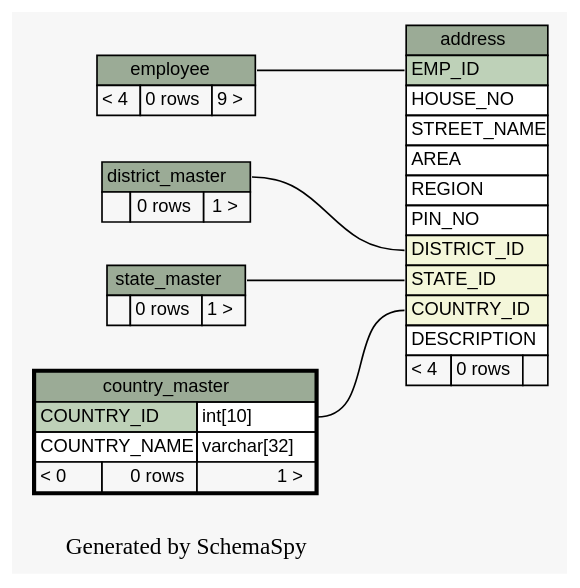
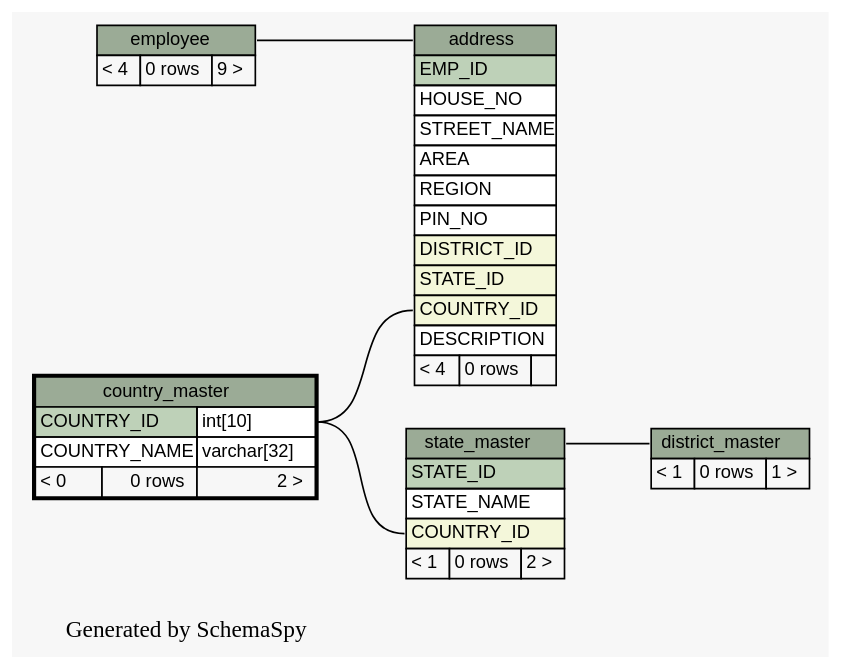
Before and after one commit to engineerscraft/hrms: the diagram in docs/database/schemaspy/graphs/country_master.2degrees.dot, drawn with Graphviz. The commit also changed 96 other files, not shown here.

```diff
--- a/docs/database/schemaspy/graphs/country_master.2degrees.dot
+++ b/docs/database/schemaspy/graphs/country_master.2degrees.dot
@@ -1,78 +1,81 @@
 // dot 2.38.0 on Windows 7 6.1
 digraph "twoDegreesRelationshipsGraph" {
   graph [
     rankdir="RL"
     bgcolor="#f7f7f7"
     label="\nGenerated by SchemaSpy"
     labeljust="l"
   ];
   node [
     fontname="Helvetica"
     fontsize="11"
     shape="plaintext"
   ];
   edge [
     arrowsize="0.8"
   ];
   "address":"COUNTRY_ID":w -> "country_master":"COUNTRY_ID.type":e [arrowtail=crowodot arrowhead=none];
-  "address":"DISTRICT_ID":w -> "district_master":"district_master.heading":e [arrowtail=crowodot arrowhead=none];
-  "address":"EMP_ID":w -> "employee":"employee.heading":e [arrowtail=tee arrowhead=none];
-  "address":"STATE_ID":w -> "state_master":"state_master.heading":e [arrowtail=crowodot arrowhead=none];
+  "address":"address.heading":w -> "employee":"employee.heading":e [arrowtail=tee arrowhead=none];
+  "district_master":"district_master.heading":w -> "state_master":"state_master.heading":e [arrowtail=crowodot arrowhead=none];
+  "state_master":"COUNTRY_ID":w -> "country_master":"COUNTRY_ID.type":e [arrowtail=crowodot arrowhead=none];
   "address" [
     label=<
     <TABLE BORDER="0" CELLBORDER="1" CELLSPACING="0" BGCOLOR="#ffffff">
       <TR><TD PORT="address.heading" COLSPAN="3" BGCOLOR="#9bab96" ALIGN="CENTER">address</TD></TR>
       <TR><TD PORT="EMP_ID" COLSPAN="3" BGCOLOR="#bed1b8" ALIGN="LEFT">EMP_ID</TD></TR>
       <TR><TD PORT="HOUSE_NO" COLSPAN="3" ALIGN="LEFT">HOUSE_NO</TD></TR>
       <TR><TD PORT="STREET_NAME" COLSPAN="3" ALIGN="LEFT">STREET_NAME</TD></TR>
       <TR><TD PORT="AREA" COLSPAN="3" ALIGN="LEFT">AREA</TD></TR>
       <TR><TD PORT="REGION" COLSPAN="3" ALIGN="LEFT">REGION</TD></TR>
       <TR><TD PORT="PIN_NO" COLSPAN="3" ALIGN="LEFT">PIN_NO</TD></TR>
       <TR><TD PORT="DISTRICT_ID" COLSPAN="3" BGCOLOR="#f4f7da" ALIGN="LEFT">DISTRICT_ID</TD></TR>
       <TR><TD PORT="STATE_ID" COLSPAN="3" BGCOLOR="#f4f7da" ALIGN="LEFT">STATE_ID</TD></TR>
       <TR><TD PORT="COUNTRY_ID" COLSPAN="3" BGCOLOR="#f4f7da" ALIGN="LEFT">COUNTRY_ID</TD></TR>
       <TR><TD PORT="DESCRIPTION" COLSPAN="3" ALIGN="LEFT">DESCRIPTION</TD></TR>
       <TR><TD ALIGN="LEFT" BGCOLOR="#f7f7f7">&lt; 4</TD><TD ALIGN="RIGHT" BGCOLOR="#f7f7f7">0 rows</TD><TD ALIGN="RIGHT" BGCOLOR="#f7f7f7">  </TD></TR>
     </TABLE>>
     URL="address.html#graph"
     tooltip="address"
   ];
   "country_master" [
     label=<
     <TABLE BORDER="2" CELLBORDER="1" CELLSPACING="0" BGCOLOR="#ffffff">
       <TR><TD PORT="country_master.heading" COLSPAN="3" BGCOLOR="#9bab96" ALIGN="CENTER">country_master</TD></TR>
       <TR><TD PORT="COUNTRY_ID" COLSPAN="2" BGCOLOR="#bed1b8" ALIGN="LEFT">COUNTRY_ID</TD><TD PORT="COUNTRY_ID.type" ALIGN="LEFT">int[10]</TD></TR>
       <TR><TD PORT="COUNTRY_NAME" COLSPAN="2" ALIGN="LEFT">COUNTRY_NAME</TD><TD PORT="COUNTRY_NAME.type" ALIGN="LEFT">varchar[32]</TD></TR>
-      <TR><TD ALIGN="LEFT" BGCOLOR="#f7f7f7">&lt; 0</TD><TD ALIGN="RIGHT" BGCOLOR="#f7f7f7">0 rows</TD><TD ALIGN="RIGHT" BGCOLOR="#f7f7f7">1 &gt;</TD></TR>
+      <TR><TD ALIGN="LEFT" BGCOLOR="#f7f7f7">&lt; 0</TD><TD ALIGN="RIGHT" BGCOLOR="#f7f7f7">0 rows</TD><TD ALIGN="RIGHT" BGCOLOR="#f7f7f7">2 &gt;</TD></TR>
     </TABLE>>
     URL="country_master.html#"
     tooltip="country_master"
   ];
   "district_master" [
     label=<
     <TABLE BORDER="0" CELLBORDER="1" CELLSPACING="0" BGCOLOR="#ffffff">
       <TR><TD PORT="district_master.heading" COLSPAN="3" BGCOLOR="#9bab96" ALIGN="CENTER">district_master</TD></TR>
-      <TR><TD ALIGN="LEFT" BGCOLOR="#f7f7f7">  </TD><TD ALIGN="RIGHT" BGCOLOR="#f7f7f7">0 rows</TD><TD ALIGN="RIGHT" BGCOLOR="#f7f7f7">1 &gt;</TD></TR>
+      <TR><TD ALIGN="LEFT" BGCOLOR="#f7f7f7">&lt; 1</TD><TD ALIGN="RIGHT" BGCOLOR="#f7f7f7">0 rows</TD><TD ALIGN="RIGHT" BGCOLOR="#f7f7f7">1 &gt;</TD></TR>
     </TABLE>>
     URL="district_master.html#graph"
     tooltip="district_master"
   ];
   "employee" [
     label=<
     <TABLE BORDER="0" CELLBORDER="1" CELLSPACING="0" BGCOLOR="#ffffff">
       <TR><TD PORT="employee.heading" COLSPAN="3" BGCOLOR="#9bab96" ALIGN="CENTER">employee</TD></TR>
       <TR><TD ALIGN="LEFT" BGCOLOR="#f7f7f7">&lt; 4</TD><TD ALIGN="RIGHT" BGCOLOR="#f7f7f7">0 rows</TD><TD ALIGN="RIGHT" BGCOLOR="#f7f7f7">9 &gt;</TD></TR>
     </TABLE>>
     URL="employee.html#graph"
     tooltip="employee"
   ];
   "state_master" [
     label=<
     <TABLE BORDER="0" CELLBORDER="1" CELLSPACING="0" BGCOLOR="#ffffff">
       <TR><TD PORT="state_master.heading" COLSPAN="3" BGCOLOR="#9bab96" ALIGN="CENTER">state_master</TD></TR>
-      <TR><TD ALIGN="LEFT" BGCOLOR="#f7f7f7">  </TD><TD ALIGN="RIGHT" BGCOLOR="#f7f7f7">0 rows</TD><TD ALIGN="RIGHT" BGCOLOR="#f7f7f7">1 &gt;</TD></TR>
+      <TR><TD PORT="STATE_ID" COLSPAN="3" BGCOLOR="#bed1b8" ALIGN="LEFT">STATE_ID</TD></TR>
+      <TR><TD PORT="STATE_NAME" COLSPAN="3" ALIGN="LEFT">STATE_NAME</TD></TR>
+      <TR><TD PORT="COUNTRY_ID" COLSPAN="3" BGCOLOR="#f4f7da" ALIGN="LEFT">COUNTRY_ID</TD></TR>
+      <TR><TD ALIGN="LEFT" BGCOLOR="#f7f7f7">&lt; 1</TD><TD ALIGN="RIGHT" BGCOLOR="#f7f7f7">0 rows</TD><TD ALIGN="RIGHT" BGCOLOR="#f7f7f7">2 &gt;</TD></TR>
     </TABLE>>
     URL="state_master.html#graph"
     tooltip="state_master"
   ];
 }
```
